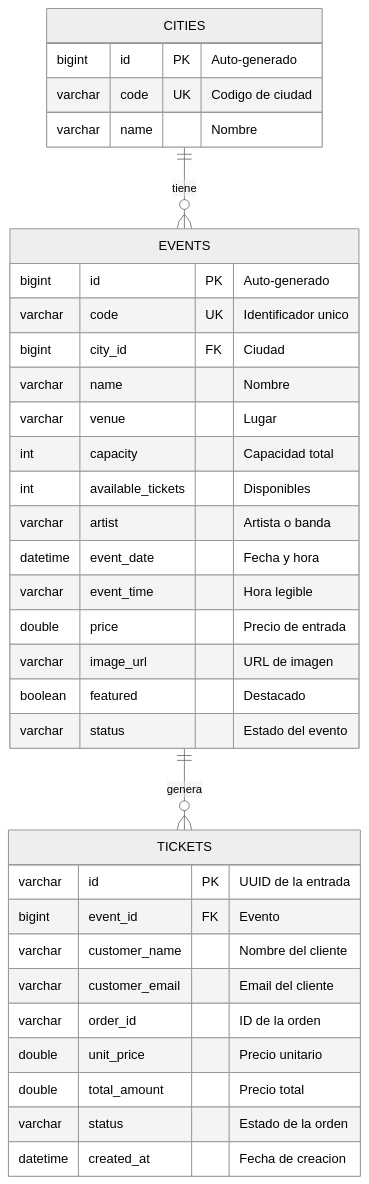
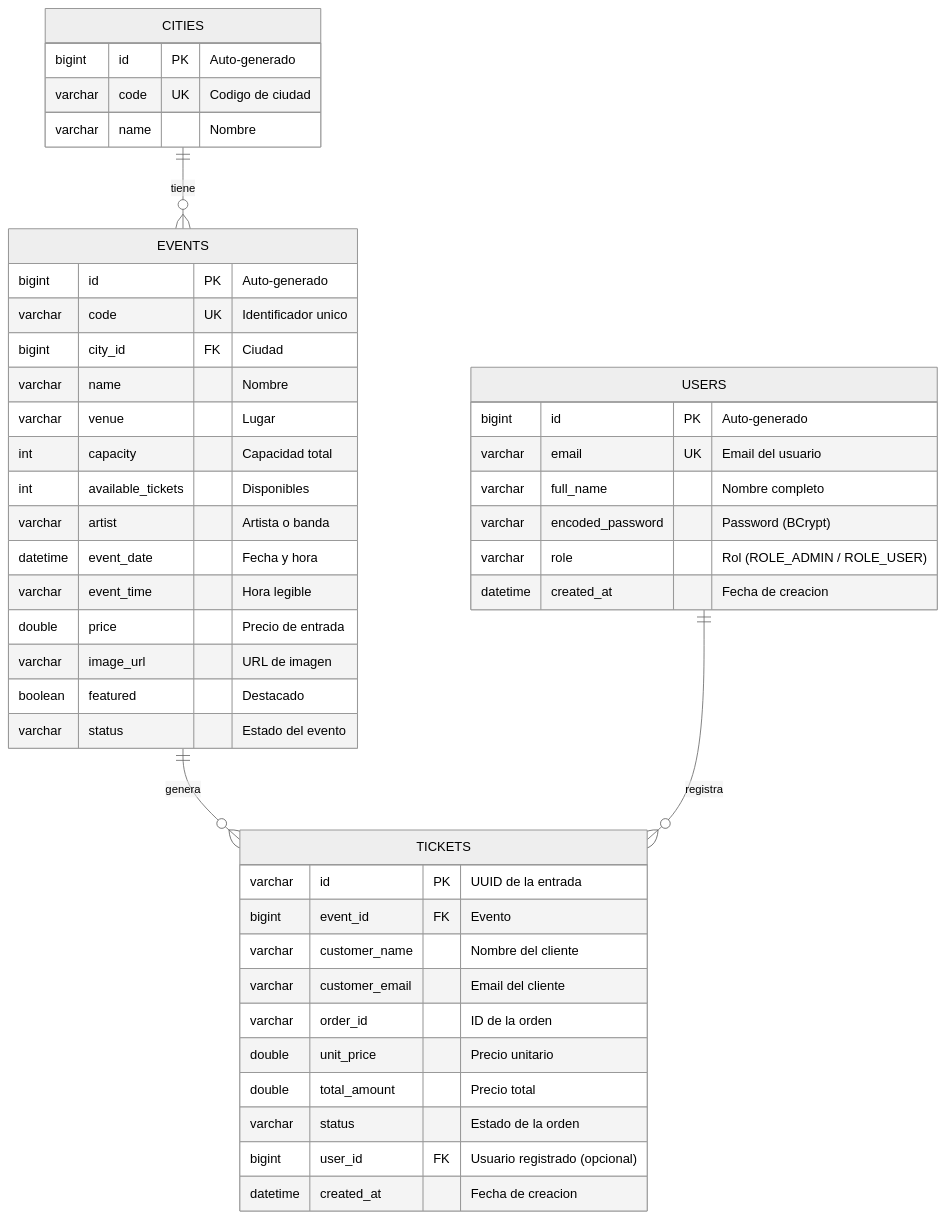
Before and after one commit to pablocelva/ticketera-hito-final-backend: the diagram in README.md, drawn with Mermaid (neutral theme). The commit also changed other lines of this file and 1 other file, not shown here.

Commit message:
fix: init-schema.sql corregido + docs: readme actualizado

````diff
--- a/README.md
+++ b/README.md
@@ -424,37 +424,47 @@
 ```mermaid
 erDiagram
     CITIES {
         bigint id PK "Auto-generado"
         varchar code UK "Codigo de ciudad"
         varchar name "Nombre"
     }
     EVENTS {
         bigint id PK "Auto-generado"
         varchar code UK "Identificador unico"
         bigint city_id FK "Ciudad"
         varchar name "Nombre"
         varchar venue "Lugar"
         int capacity "Capacidad total"
         int available_tickets "Disponibles"
         varchar artist "Artista o banda"
         datetime event_date "Fecha y hora"
         varchar event_time "Hora legible"
         double price "Precio de entrada"
         varchar image_url "URL de imagen"
         boolean featured "Destacado"
         varchar status "Estado del evento"
     }
     TICKETS {
         varchar id PK "UUID de la entrada"
         bigint event_id FK "Evento"
         varchar customer_name "Nombre del cliente"
         varchar customer_email "Email del cliente"
         varchar order_id "ID de la orden"
         double unit_price "Precio unitario"
         double total_amount "Precio total"
         varchar status "Estado de la orden"
+        bigint user_id FK "Usuario registrado (opcional)"
+        datetime created_at "Fecha de creacion"
+    }
+    USERS {
+        bigint id PK "Auto-generado"
+        varchar email UK "Email del usuario"
+        varchar full_name "Nombre completo"
+        varchar encoded_password "Password (BCrypt)"
+        varchar role "Rol (ROLE_ADMIN / ROLE_USER)"
         datetime created_at "Fecha de creacion"
     }
     CITIES ||--o{ EVENTS : "tiene"
     EVENTS ||--o{ TICKETS : "genera"
+    USERS ||--o{ TICKETS : "registra"
 ```
````
